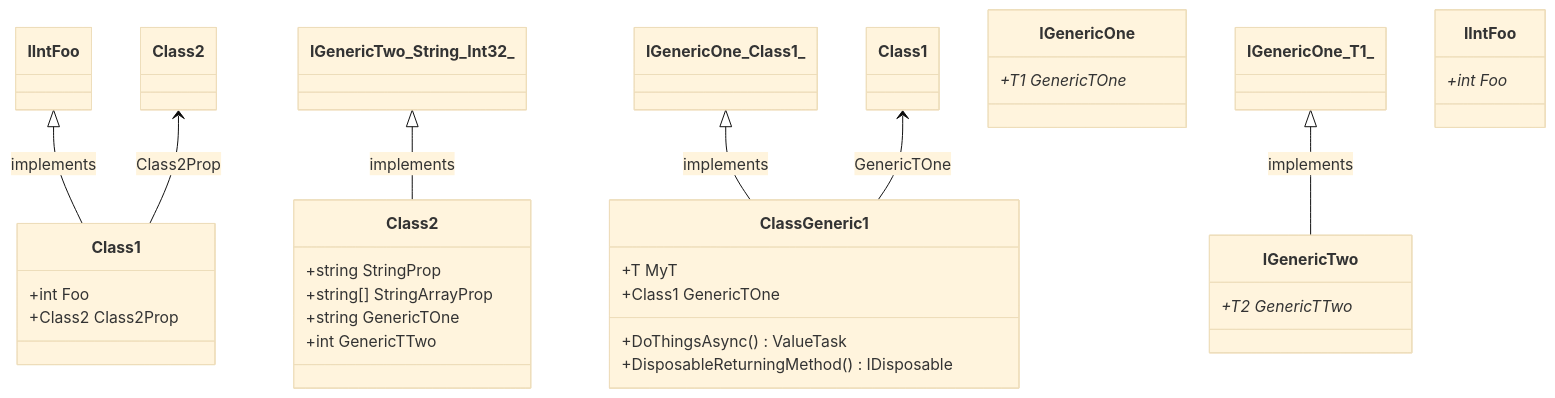
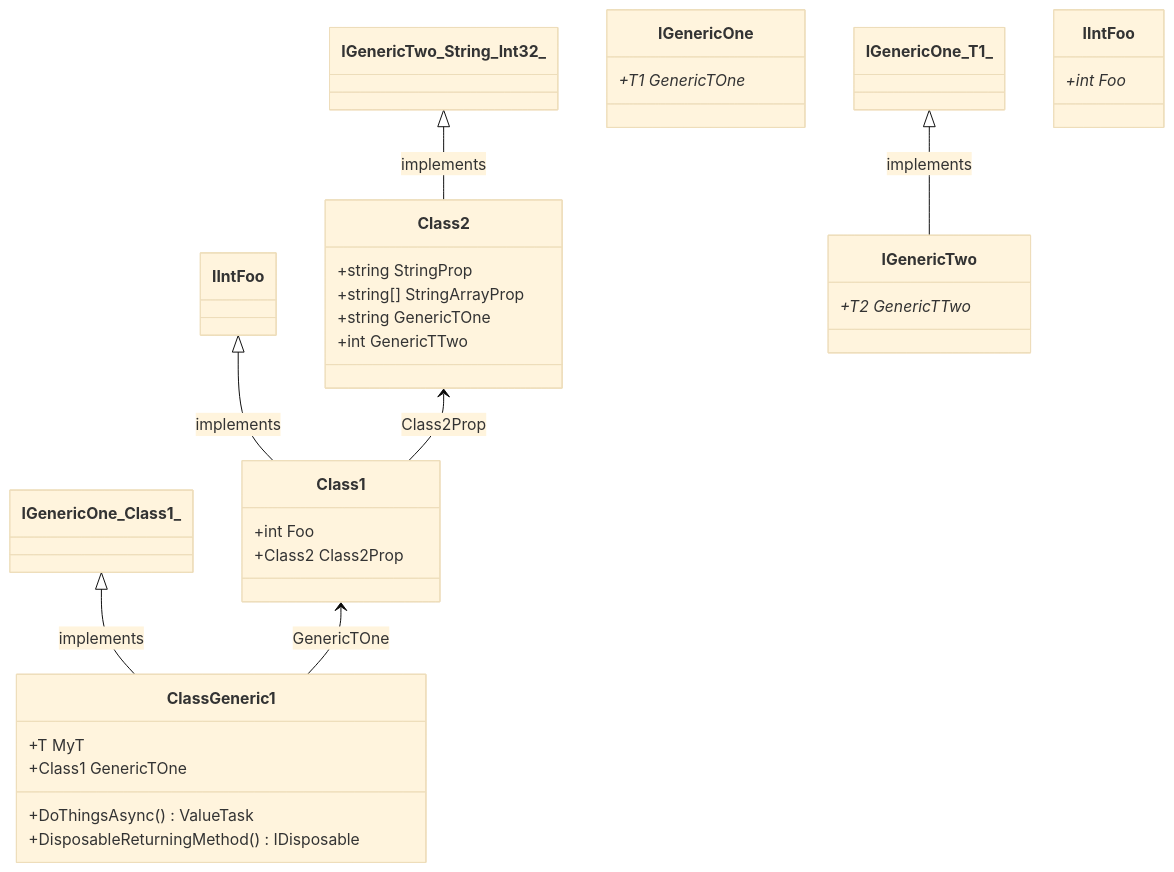
The seventh of 7 diagrams in test/SampleProject/CODE_METRICS.md (erichiller/gh-action-cs-metrics), drawn with Mermaid (base theme) before and after one commit. The commit also changed other lines of this file, not shown here.

Commit message:
Updated Code metrics

````diff
--- a/test/SampleProject/CODE_METRICS.md
+++ b/test/SampleProject/CODE_METRICS.md
@@ -302,44 +302,44 @@
 ```mermaid
 %%{init: {
     'fontFamily': 'monospace'
 } }%%
 classDiagram
 IIntFoo <|-- SomeRoot_SampleProject_Class1 : implements
-Class2 <-- SomeRoot_SampleProject_Class1 : Class2Prop
+SomeRoot_SampleProject_Class2 <-- SomeRoot_SampleProject_Class1 : Class2Prop
 class SomeRoot_SampleProject_Class1 ["Class1"] {
     +int Foo
     +Class2 Class2Prop
 }
 
 IGenericTwo_String_Int32_ <|-- SomeRoot_SampleProject_Class2 : implements
 class SomeRoot_SampleProject_Class2 ["Class2"] {
     +string StringProp
     +string[] StringArrayProp
     +string GenericTOne
     +int GenericTTwo
 }
 
 IGenericOne_Class1_ <|-- SomeRoot_SampleProject_ClassGeneric1_T_ : implements
-Class1 <-- SomeRoot_SampleProject_ClassGeneric1_T_ : GenericTOne
+SomeRoot_SampleProject_Class1 <-- SomeRoot_SampleProject_ClassGeneric1_T_ : GenericTOne
 class SomeRoot_SampleProject_ClassGeneric1_T_ ["ClassGeneric1"] {
     +T MyT
     +Class1 GenericTOne
     +DoThingsAsync() ValueTask
     +DisposableReturningMethod() IDisposable
 }
 
 class SomeRoot_SampleProject_IGenericOne_T1_ ["IGenericOne"] {
     +T1 GenericTOne*
 }
 
 IGenericOne_T1_ <|-- SomeRoot_SampleProject_IGenericTwo_T1__T2_ : implements
 class SomeRoot_SampleProject_IGenericTwo_T1__T2_ ["IGenericTwo"] {
     +T2 GenericTTwo*
 }
 
 class SomeRoot_SampleProject_IIntFoo ["IIntFoo"] {
     +int Foo*
 }
 
 
 ```
````
